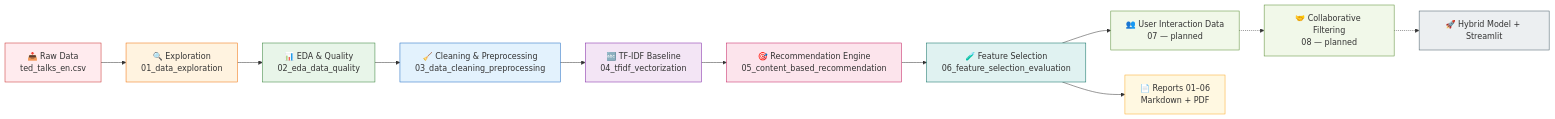
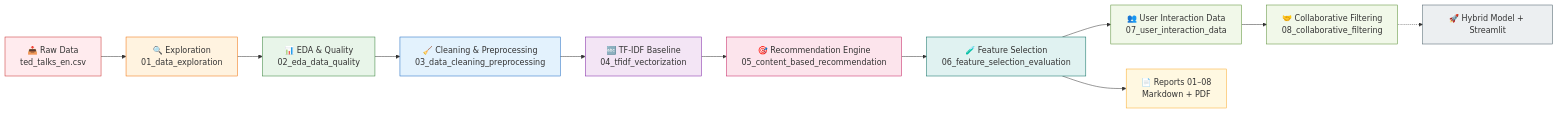
The diagram in README.md (springboardmentor098/TED-TALK-RECOMMENDATION-SYSTEM), drawn with Mermaid before and after one commit. The commit also changed other lines of this file and 14 other files, not shown here.

Commit message:
user interaction data and collaboration filtering

````diff
--- a/README.md
+++ b/README.md
@@ -50,25 +50,25 @@
 ```mermaid
 graph LR
     A[📥 Raw Data<br/>ted_talks_en.csv] --> B[🔍 Exploration<br/>01_data_exploration]
     B --> C[📊 EDA & Quality<br/>02_eda_data_quality]
     C --> D[🧹 Cleaning & Preprocessing<br/>03_data_cleaning_preprocessing]
     D --> E[🔤 TF-IDF Baseline<br/>04_tfidf_vectorization]
     E --> F[🎯 Recommendation Engine<br/>05_content_based_recommendation]
     F --> G[🧪 Feature Selection<br/>06_feature_selection_evaluation]
-    G --> H[👥 User Interaction Data<br/>07 — planned]
-    G --> R[📄 Reports 01–06<br/>Markdown + PDF]
-    H -.-> I[🤝 Collaborative Filtering<br/>08 — planned]
+    G --> H[👥 User Interaction Data<br/>07_user_interaction_data]
+    G --> R[📄 Reports 01–08<br/>Markdown + PDF]
+    H --> I[🤝 Collaborative Filtering<br/>08_collaborative_filtering]
     I -.-> J[🚀 Hybrid Model + Streamlit]
 
     style A fill:#ffebee,stroke:#c62828
     style B fill:#fff3e0,stroke:#ef6c00
     style C fill:#e8f5e9,stroke:#2e7d32
     style D fill:#e3f2fd,stroke:#1565c0
     style E fill:#f3e5f5,stroke:#7b1fa2
     style F fill:#fce4ec,stroke:#c2185b
     style G fill:#e0f2f1,stroke:#00695c
     style H fill:#f1f8e9,stroke:#558b2f
     style I fill:#f1f8e9,stroke:#558b2f
     style J fill:#eceff1,stroke:#455a64
     style R fill:#fff8e1,stroke:#f9a825
 ```
````
